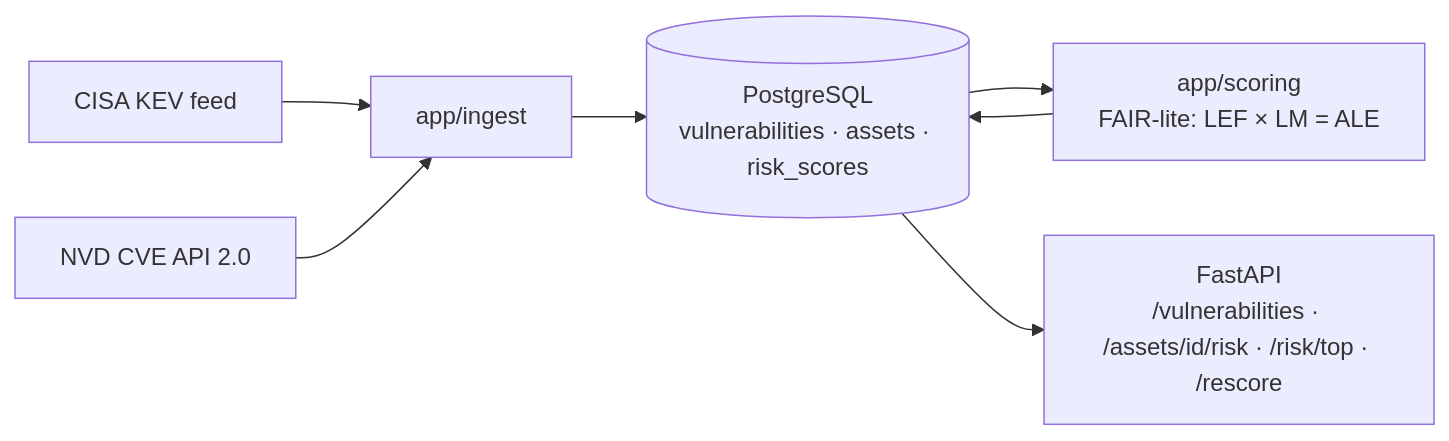
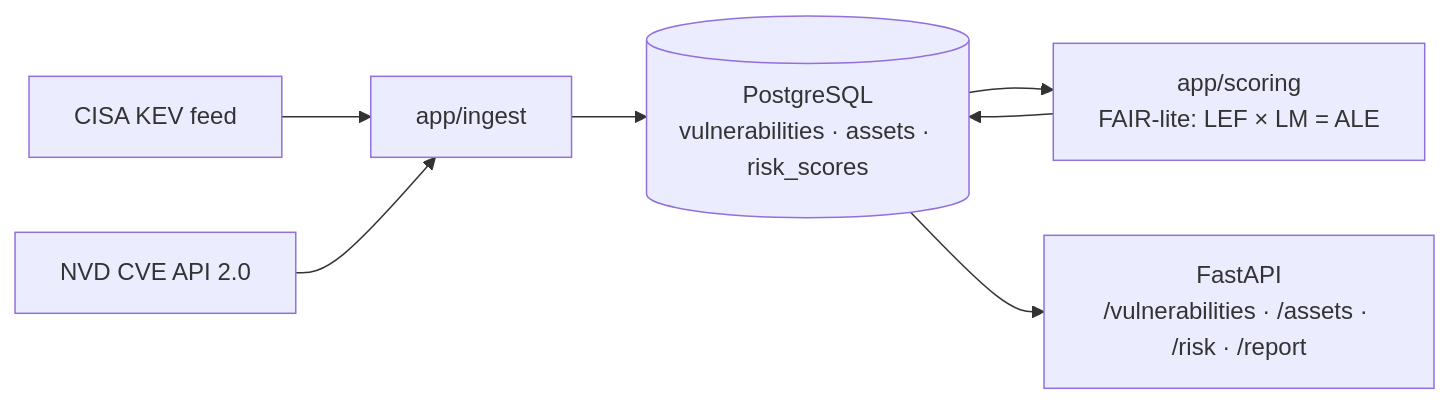
The diagram in README.md (chrisjhwang/cyber-business-analysis-project), drawn with Mermaid before and after one commit. The commit also changed other lines of this file and 60 other files, not shown here.

````diff
--- a/README.md
+++ b/README.md
@@ -14,9 +110,9 @@
 ```mermaid
 flowchart LR
     KEV[CISA KEV feed] --> ING[app/ingest]
     NVD[NVD CVE API 2.0] --> ING
     ING --> DB[(PostgreSQL<br/>vulnerabilities · assets · risk_scores)]
     DB --> SCORE[app/scoring<br/>FAIR-lite: LEF × LM = ALE]
     SCORE --> DB
-    DB --> API[FastAPI<br/>/vulnerabilities · /assets/id/risk · /risk/top · /rescore]
+    DB --> API[FastAPI<br/>/vulnerabilities · /assets · /risk · /report]
 ```
````
